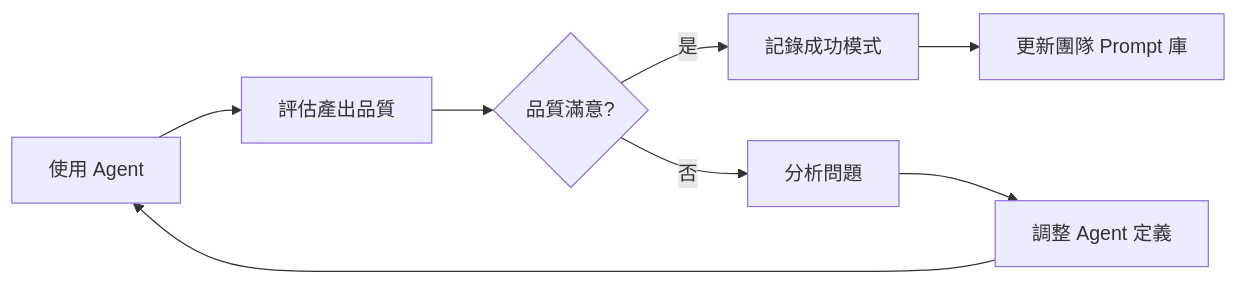
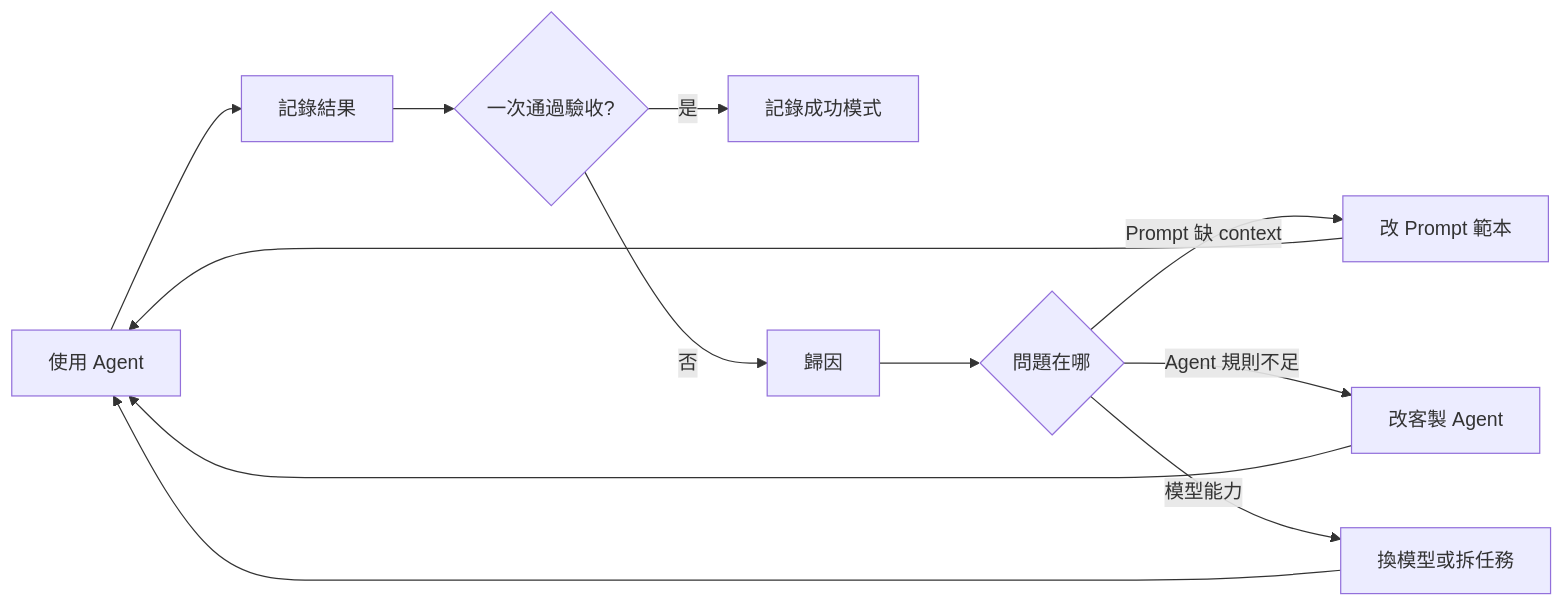
One commit to chihhung/Blog changed diagram 11 of 15 in content/posts/教學/AI開發/agency-agents教學手冊.md. Above: the diagram before and after it, drawn with Mermaid. The commit also changed other lines of this file and 1 other file, not shown here.

````diff
--- a/content/posts/教學/AI開發/agency-agents教學手冊.md
+++ b/content/posts/教學/AI開發/agency-agents教學手冊.md
@@ -2449,10 +2886,12 @@
 ```mermaid
 graph LR
-    A[使用 Agent] --> B[評估產出品質]
-    B --> C{品質滿意?}
+    A[使用 Agent] --> B[記錄結果]
+    B --> C{一次通過驗收?}
     C -->|是| D[記錄成功模式]
-    C -->|否| E[分析問題]
-    E --> F[調整 Agent 定義]
-    F --> A
-    D --> G[更新團隊 Prompt 庫]
+    C -->|否| E[歸因]
+    E --> F{問題在哪}
+    F -->|Prompt 缺 context| G[改 Prompt 範本]
+    F -->|Agent 規則不足| H[改客製 Agent]
+    F -->|模型能力| I[換模型或拆任務]
+    G & H & I --> A
 ```
````
